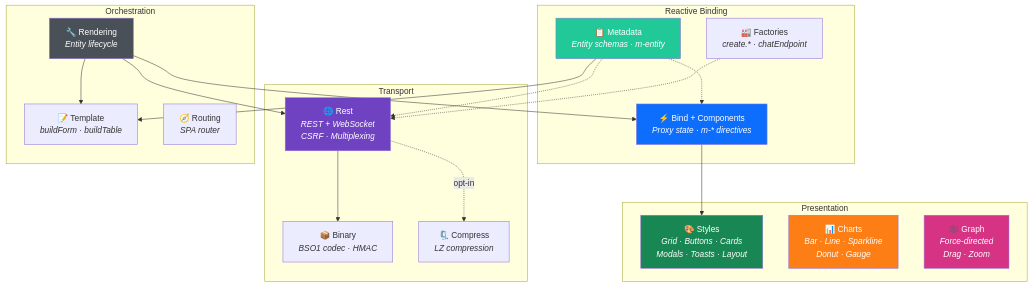
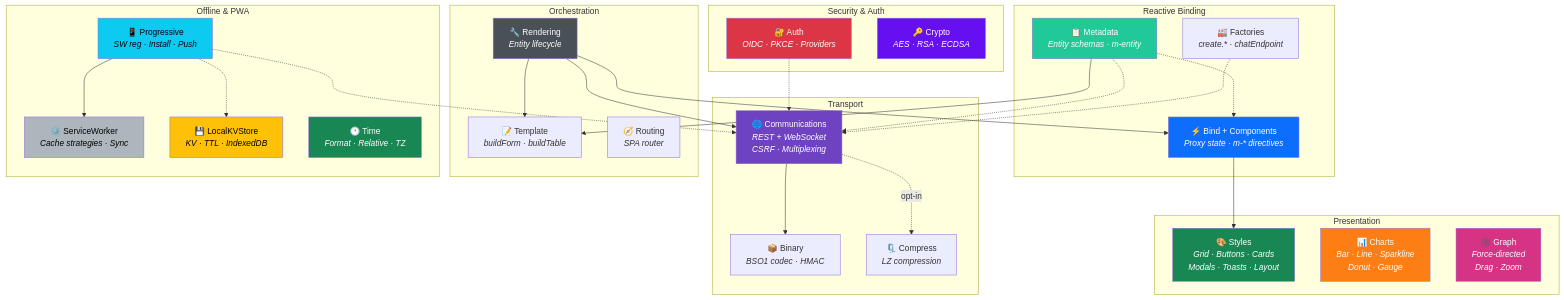
Before and after one commit to WillEastbury/BareMetalJsTools: the diagram in README.md, drawn with Mermaid. The commit also changed other lines of this file and 17 other files, not shown here.

````diff
--- a/README.md
+++ b/README.md
@@ -55,45 +61,67 @@
 ```mermaid
 graph TB
   subgraph "Presentation"
     Styles["🎨 Styles<br/><i>Grid · Buttons · Cards<br/>Modals · Toasts · Layout</i>"]
     Charts["📊 Charts<br/><i>Bar · Line · Sparkline<br/>Donut · Gauge</i>"]
     Graph["🕸️ Graph<br/><i>Force-directed<br/>Drag · Zoom</i>"]
   end
 
   subgraph "Reactive Binding"
     Bind["⚡ Bind + Components<br/><i>Proxy state · m-* directives</i>"]
     Factories["🏭 Factories<br/><i>create.* · chatEndpoint</i>"]
     Metadata["📋 Metadata<br/><i>Entity schemas · m-entity</i>"]
   end
 
   subgraph "Transport"
-    Rest["🌐 Rest<br/><i>REST + WebSocket<br/>CSRF · Multiplexing</i>"]
+    Rest["🌐 Communications<br/><i>REST + WebSocket<br/>CSRF · Multiplexing</i>"]
     Binary["📦 Binary<br/><i>BSO1 codec · HMAC</i>"]
     Compress["🗜️ Compress<br/><i>LZ compression</i>"]
   end
 
   subgraph "Orchestration"
     Rendering["🔧 Rendering<br/><i>Entity lifecycle</i>"]
     Template["📝 Template<br/><i>buildForm · buildTable</i>"]
     Routing["🧭 Routing<br/><i>SPA router</i>"]
+  end
+
+  subgraph "Security & Auth"
+    Auth["🔐 Auth<br/><i>OIDC · PKCE · Providers</i>"]
+    Crypto["🔑 Crypto<br/><i>AES · RSA · ECDSA</i>"]
+  end
+
+  subgraph "Offline & PWA"
+    Progressive["📱 Progressive<br/><i>SW reg · Install · Push</i>"]
+    ServiceWorker["⚙️ ServiceWorker<br/><i>Cache strategies · Sync</i>"]
+    KVStore["💾 LocalKVStore<br/><i>KV · TTL · IndexedDB</i>"]
+    Time["🕐 Time<br/><i>Format · Relative · TZ</i>"]
   end
 
   Rendering --> Bind
   Rendering --> Template
   Rendering --> Rest
   Metadata --> Template
   Metadata -.-> Bind
   Metadata -.-> Rest
   Rest --> Binary
   Rest -.->|opt-in| Compress
   Factories -.-> Rest
   Bind --> Styles
+  Auth -.-> Rest
+  Progressive -.-> Rest
+  Progressive -.-> KVStore
+  Progressive --> ServiceWorker
 
   style Bind fill:#0d6efd,color:#fff
   style Styles fill:#198754,color:#fff
   style Rest fill:#6f42c1,color:#fff
   style Charts fill:#fd7e14,color:#fff
   style Graph fill:#d63384,color:#fff
   style Rendering fill:#495057,color:#fff
   style Metadata fill:#20c997,color:#fff
+  style Auth fill:#dc3545,color:#fff
+  style Crypto fill:#6610f2,color:#fff
+  style Progressive fill:#0dcaf0,color:#000
+  style ServiceWorker fill:#adb5bd,color:#000
+  style KVStore fill:#ffc107,color:#000
+  style Time fill:#198754,color:#fff
 ```
````
